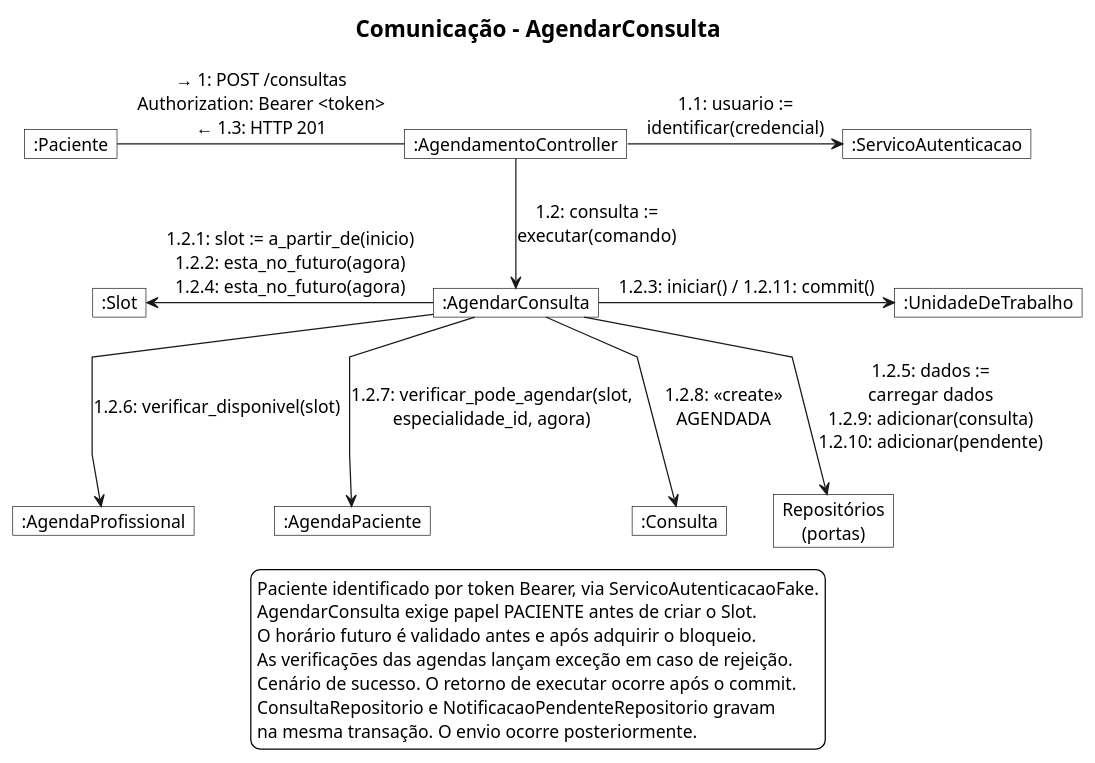
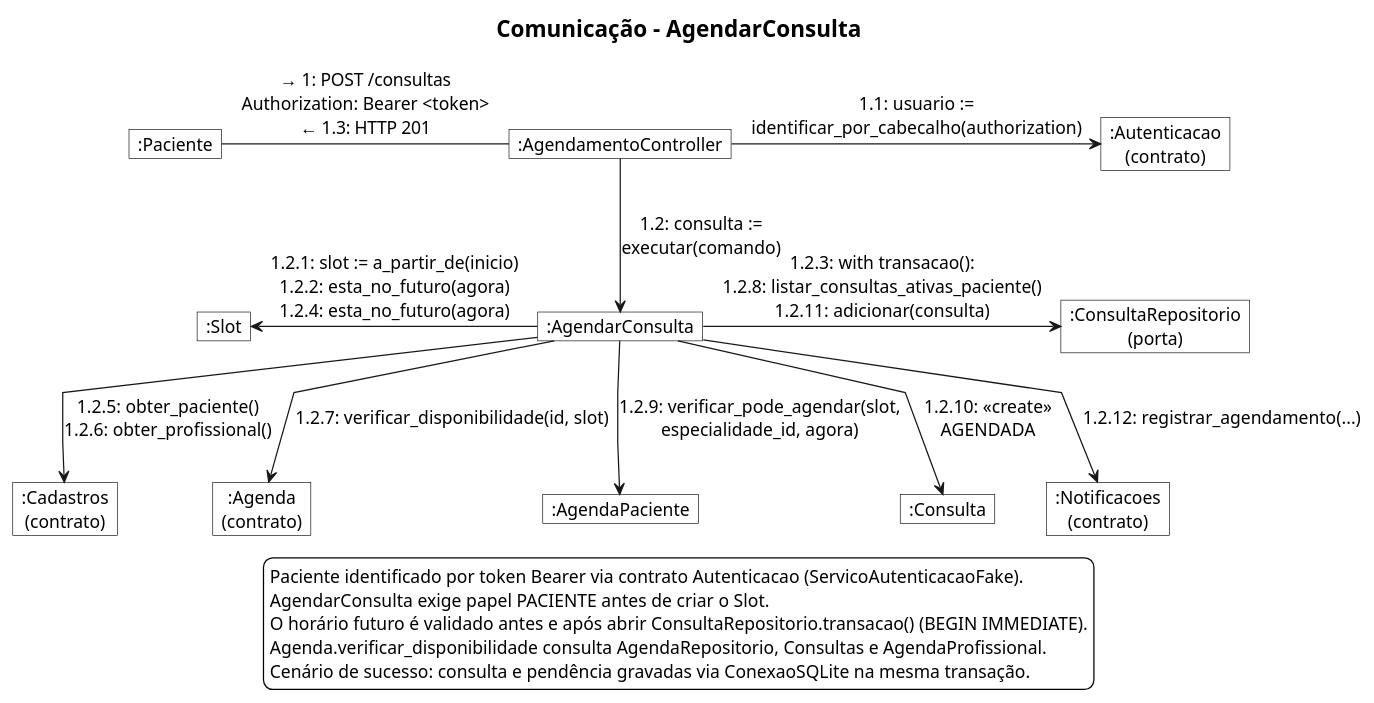
The diagram in docs/diagramas/comunicacao.puml (luizeduarte/agenda-clinica), drawn with PlantUML before and after one commit. The commit also changed 16 other files, not shown here.

Commit message:
[FIX] Atualiza documentacao, RNF04 e diagramas com contratos e ConexaoSQLite

```diff
--- a/docs/diagramas/comunicacao.puml
+++ b/docs/diagramas/comunicacao.puml
@@ -1,58 +1,58 @@
 @startuml comunicacao
 
 skinparam monochrome true
 skinparam backgroundColor white
 skinparam objectBackgroundColor white
 skinparam objectBorderColor black
 skinparam legendBackgroundColor white
 skinparam legendBorderColor black
 hide empty members
 skinparam shadowing false
 skinparam defaultFontName SansSerif
 skinparam defaultFontSize 14
 skinparam titleFontSize 18
 skinparam nodesep 30
 skinparam ranksep 64
 skinparam linetype polyline
 
 title Comunicação - AgendarConsulta
 
 object ":AgendamentoController" as C
-object ":ServicoAutenticacao" as Auth
+object ":Autenticacao\n(contrato)" as Auth
 object ":AgendarConsulta" as UC
 object ":Slot" as Horario
-object ":UnidadeDeTrabalho" as UoW
-object "Repositórios\n(portas)" as Repos
-object ":AgendaProfissional" as AP
+object ":ConsultaRepositorio\n(porta)" as CRep
+object ":Cadastros\n(contrato)" as Cad
+object ":Agenda\n(contrato)" as Ag
 object ":AgendaPaciente" as AC
 object ":Consulta" as Cons
+object ":Notificacoes\n(contrato)" as Notif
 object ":Paciente" as P
 
 P -right- C : → 1: POST /consultas\nAuthorization: Bearer <token>\n← 1.3: HTTP 201
-C -right-> Auth : 1.1: usuario :=\nidentificar(credencial)
+C -right-> Auth : 1.1: usuario :=\nidentificar_por_cabecalho(authorization)
 C -down-> UC : 1.2: consulta :=\nexecutar(comando)
 
 UC -left-> Horario : 1.2.1: slot := a_partir_de(inicio)\n1.2.2: esta_no_futuro(agora)\n1.2.4: esta_no_futuro(agora)
-UC -right-> UoW : 1.2.3: iniciar() / 1.2.11: commit()
-' O participante Repositórios agrupa portas distintas para compactar o desenho.
-UC -down-> Repos : 1.2.5: dados :=\ncarregar dados\n1.2.9: adicionar(consulta)\n1.2.10: adicionar(pendente)
-UC -down-> AP : 1.2.6: verificar_disponivel(slot)
-UC -down-> AC : 1.2.7: verificar_pode_agendar(slot,\nespecialidade_id, agora)
-UC -down-> Cons : 1.2.8: «create»\nAGENDADA
+UC -right-> CRep : 1.2.3: with transacao():\n1.2.8: listar_consultas_ativas_paciente()\n1.2.11: adicionar(consulta)
+UC -down-> Cad : 1.2.5: obter_paciente()\n1.2.6: obter_profissional()
+UC -down-> Ag : 1.2.7: verificar_disponibilidade(id, slot)
+UC -down-> AC : 1.2.9: verificar_pode_agendar(slot,\nespecialidade_id, agora)
+UC -down-> Cons : 1.2.10: «create»\nAGENDADA
+UC -down-> Notif : 1.2.12: registrar_agendamento(...)
 
 ' As ligações ocultas alinham os participantes abaixo do caso de uso.
-AP -[hidden]right-> AC
+Cad -[hidden]right-> Ag
+Ag -[hidden]right-> AC
 AC -[hidden]right-> Cons
-Cons -[hidden]right-> Repos
+Cons -[hidden]right-> Notif
 
 legend bottom
-  Paciente identificado por token Bearer, via ServicoAutenticacaoFake.
+  Paciente identificado por token Bearer via contrato Autenticacao (ServicoAutenticacaoFake).
   AgendarConsulta exige papel PACIENTE antes de criar o Slot.
-  O horário futuro é validado antes e após adquirir o bloqueio.
-  As verificações das agendas lançam exceção em caso de rejeição.
-  Cenário de sucesso. O retorno de executar ocorre após o commit.
-  ConsultaRepositorio e NotificacaoPendenteRepositorio gravam
-  na mesma transação. O envio ocorre posteriormente.
+  O horário futuro é validado antes e após abrir ConsultaRepositorio.transacao() (BEGIN IMMEDIATE).
+  Agenda.verificar_disponibilidade consulta AgendaRepositorio, Consultas e AgendaProfissional.
+  Cenário de sucesso: consulta e pendência gravadas via ConexaoSQLite na mesma transação.
 endlegend
 
 @enduml
```
